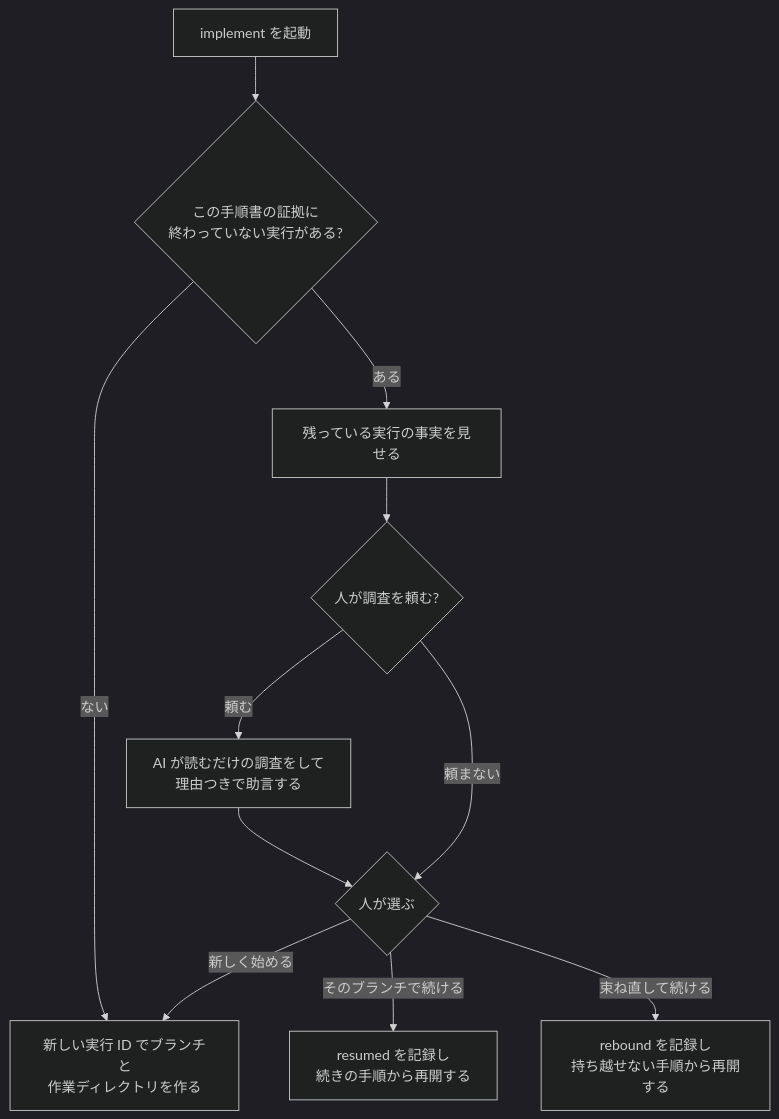
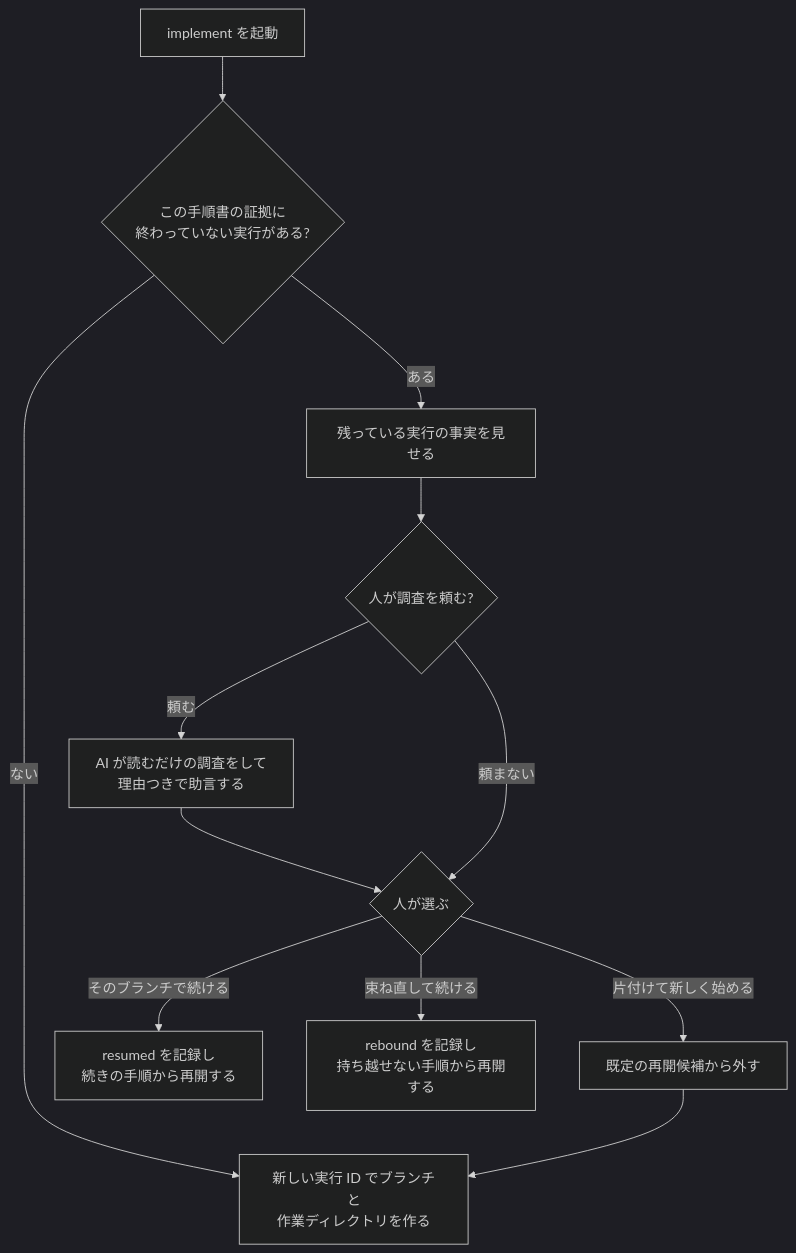
The diagram in docs/spec/implement.md (ba0918/agentic-workflow), drawn with Mermaid (dark theme) before and after one commit. The commit also changed other lines of this file and 4 other files, not shown here.

````diff
--- a/docs/spec/implement.md
+++ b/docs/spec/implement.md
@@ -99,13 +100,14 @@
 ```mermaid
 flowchart TD
     S[implement を起動] --> Q{この手順書の証拠に<br>終わっていない実行がある?}
     Q -- ない --> N[新しい実行 ID でブランチと<br>作業ディレクトリを作る]
     Q -- ある --> Show[残っている実行の事実を見せる]
     Show --> I{人が調査を頼む?}
     I -- 頼む --> Inv[AI が読むだけの調査をして<br>理由つきで助言する]
     Inv --> H
     I -- 頼まない --> H{人が選ぶ}
     H -- そのブランチで続ける --> R[resumed を記録し<br>続きの手順から再開する]
     H -- 束ね直して続ける --> RB[rebound を記録し<br>持ち越せない手順から再開する]
-    H -- 新しく始める --> N
+    H -- 片付けて新しく始める --> Retire[既定の再開候補から外す]
+    Retire --> N
 ```
````
